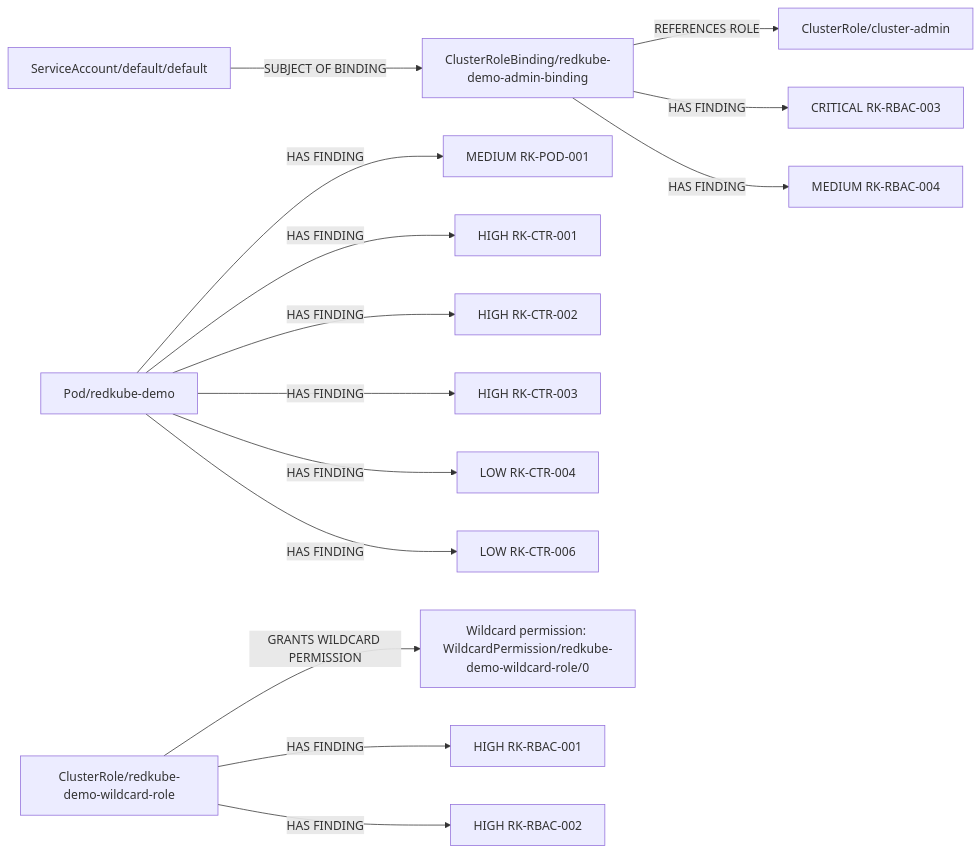
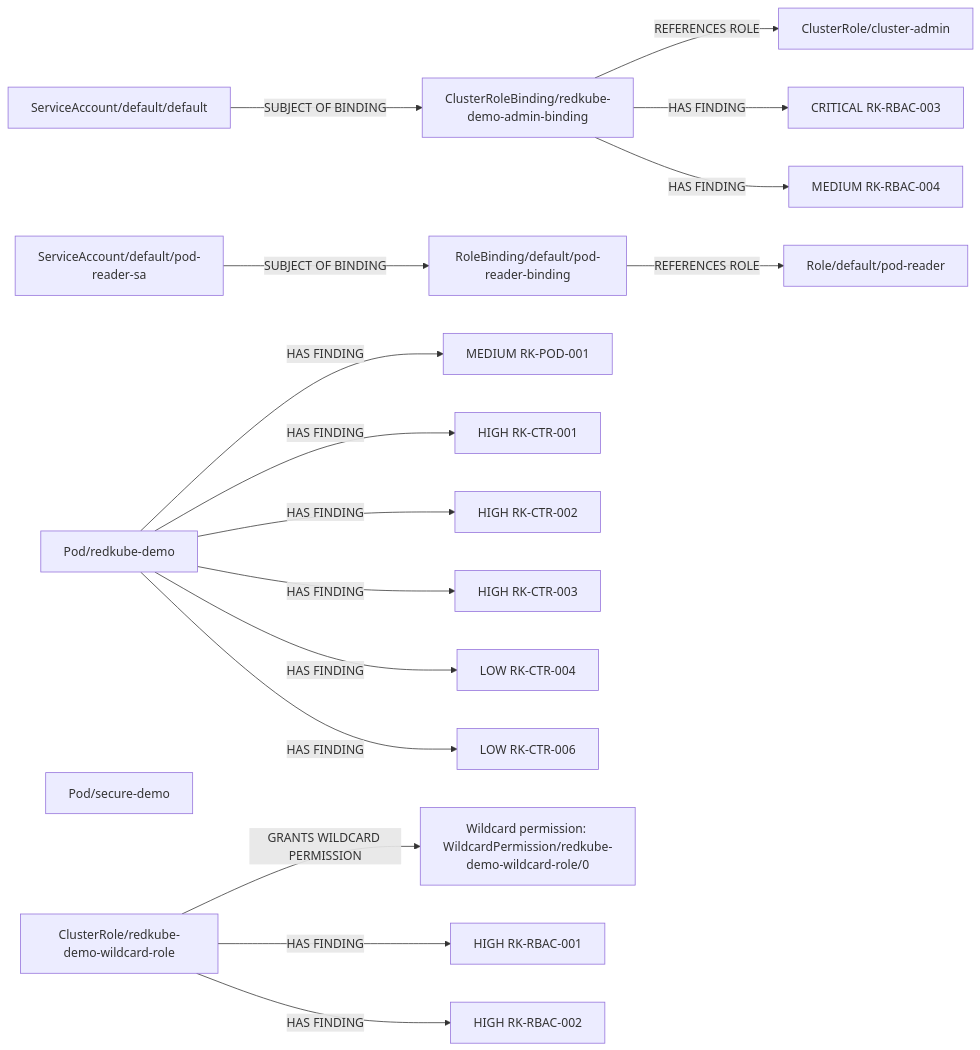
The diagram in reports/attack-graph.mmd (Venmathi020106/RedKube), drawn with Mermaid before and after one commit. The commit also changed 5 other files, not shown here.

```diff
--- a/reports/attack-graph.mmd
+++ b/reports/attack-graph.mmd
@@ -1,33 +1,39 @@
 flowchart LR
   %% RedKube configuration relationship graph
   n0["Pod/redkube-demo"]
   n1["ClusterRole/redkube-demo-wildcard-role"]
   n2["Wildcard permission: WildcardPermission/redkube-demo-wildcard-role/0"]
   n3["ClusterRoleBinding/redkube-demo-admin-binding"]
   n4["ClusterRole/cluster-admin"]
   n5["ServiceAccount/default/default"]
-  n6["MEDIUM RK-POD-001"]
-  n7["HIGH RK-CTR-001"]
-  n8["HIGH RK-CTR-002"]
-  n9["HIGH RK-CTR-003"]
-  n10["LOW RK-CTR-004"]
-  n11["LOW RK-CTR-006"]
-  n12["HIGH RK-RBAC-001"]
-  n13["HIGH RK-RBAC-002"]
-  n14["CRITICAL RK-RBAC-003"]
-  n15["MEDIUM RK-RBAC-004"]
-  n0 -->|HAS FINDING| n6
-  n0 -->|HAS FINDING| n7
-  n0 -->|HAS FINDING| n8
-  n0 -->|HAS FINDING| n9
+  n6["Pod/secure-demo"]
+  n7["Role/default/pod-reader"]
+  n8["ServiceAccount/default/pod-reader-sa"]
+  n9["RoleBinding/default/pod-reader-binding"]
+  n10["MEDIUM RK-POD-001"]
+  n11["HIGH RK-CTR-001"]
+  n12["HIGH RK-CTR-002"]
+  n13["HIGH RK-CTR-003"]
+  n14["LOW RK-CTR-004"]
+  n15["LOW RK-CTR-006"]
+  n16["HIGH RK-RBAC-001"]
+  n17["HIGH RK-RBAC-002"]
+  n18["CRITICAL RK-RBAC-003"]
+  n19["MEDIUM RK-RBAC-004"]
   n0 -->|HAS FINDING| n10
   n0 -->|HAS FINDING| n11
+  n0 -->|HAS FINDING| n12
+  n0 -->|HAS FINDING| n13
+  n0 -->|HAS FINDING| n14
+  n0 -->|HAS FINDING| n15
   n1 -->|GRANTS WILDCARD PERMISSION| n2
-  n1 -->|HAS FINDING| n12
-  n1 -->|HAS FINDING| n13
+  n1 -->|HAS FINDING| n16
+  n1 -->|HAS FINDING| n17
   n3 -->|REFERENCES ROLE| n4
-  n3 -->|HAS FINDING| n14
-  n3 -->|HAS FINDING| n15
+  n3 -->|HAS FINDING| n18
+  n3 -->|HAS FINDING| n19
   n5 -->|SUBJECT OF BINDING| n3
+  n8 -->|SUBJECT OF BINDING| n9
+  n9 -->|REFERENCES ROLE| n7
 
   %% Potential paths are hypotheses for review, not proof of exploitation.
```
